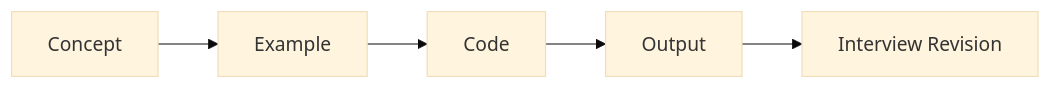
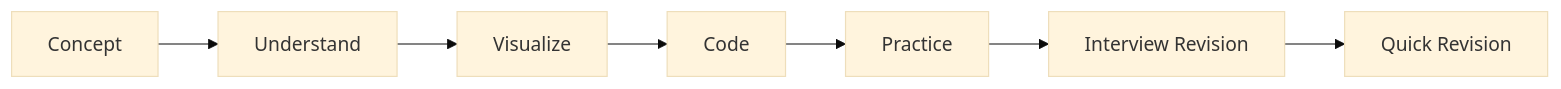
The diagram in README.md (mukesh-venkata/java-notes), drawn with Mermaid (base theme) before and after one commit. The commit also changed other lines of this file, not shown here.

Commit message:
Update Java roadmap and mark fundamentals complete

````diff
--- a/README.md
+++ b/README.md
@@ -72,7 +112,9 @@
 ```mermaid
 flowchart LR
-    A[Concept] --> B[Example]
-    B --> C[Code]
-    C --> D[Output]
-    D --> E[Interview Revision]
+    A[Concept] --> B[Understand]
+    B --> C[Visualize]
+    C --> D[Code]
+    D --> E[Practice]
+    E --> F[Interview Revision]
+    F --> G[Quick Revision]
 ```
````
